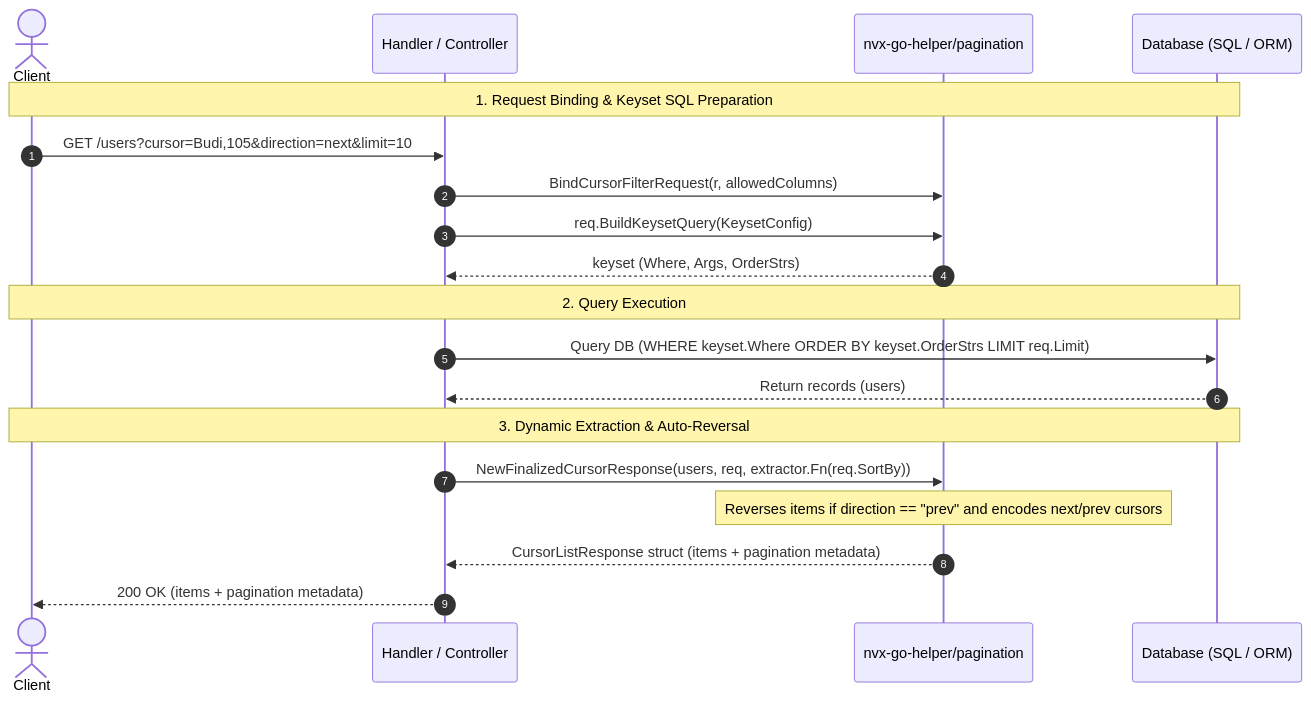
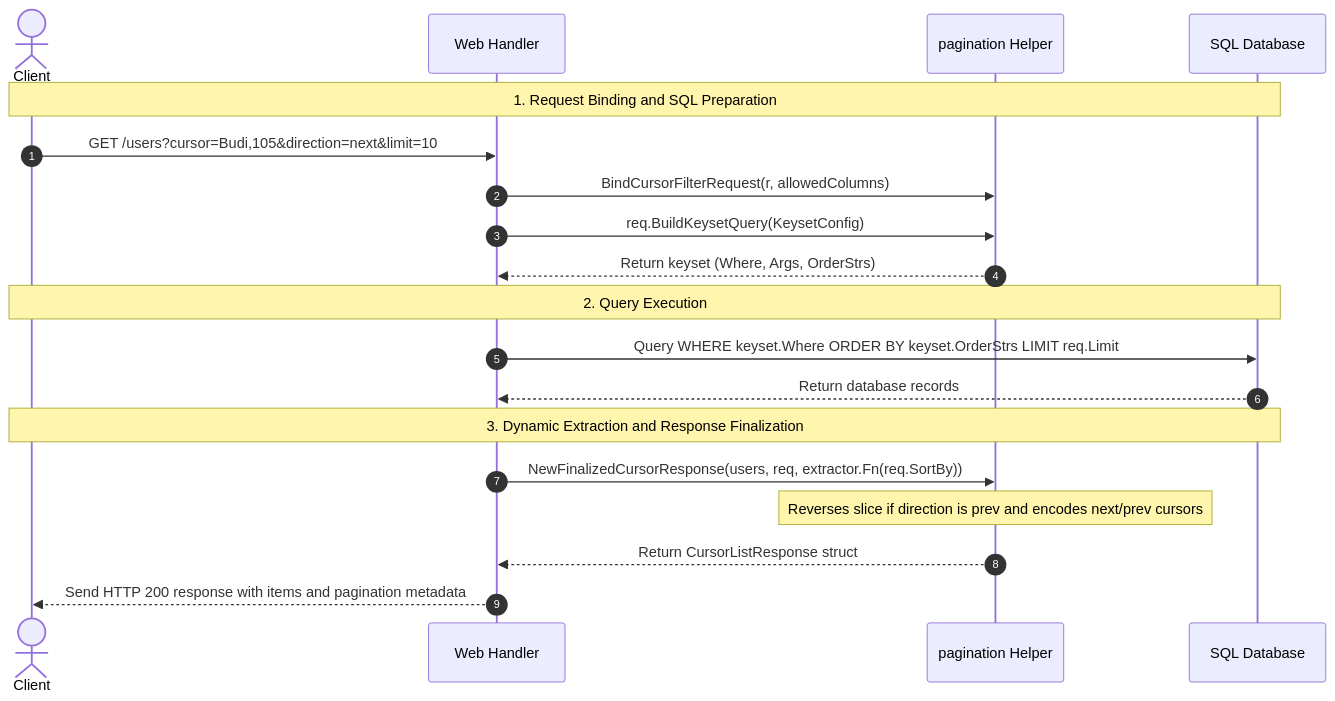
Before and after one commit to Jkenyut/nvx-go-helper: the diagram in pagination/README.md, drawn with Mermaid. The commit also changed other lines of this file and 46 other files, not shown here.

````diff
--- a/pagination/README.md
+++ b/pagination/README.md
@@ -68,25 +10,24 @@
 ```mermaid
 sequenceDiagram
     autonumber
     actor Client
-    participant Handler as Handler / Controller
-    participant Helper as nvx-go-helper/pagination
-    participant DB as Database (SQL / ORM)
+    participant Handler as Web Handler
+    participant Helper as pagination Helper
+    participant DB as SQL Database
 
-    Note over Client,DB: 1. Request Binding & Keyset SQL Preparation
+    Note over Client,DB: 1. Request Binding and SQL Preparation
     Client->>Handler: GET /users?cursor=Budi,105&direction=next&limit=10
     Handler->>Helper: BindCursorFilterRequest(r, allowedColumns)
     Handler->>Helper: req.BuildKeysetQuery(KeysetConfig)
-    Helper-->>Handler: keyset (Where, Args, OrderStrs)
+    Helper-->>Handler: Return keyset (Where, Args, OrderStrs)
 
     Note over Client,DB: 2. Query Execution
-    Handler->>DB: Query DB (WHERE keyset.Where ORDER BY keyset.OrderStrs LIMIT req.Limit)
-    DB-->>Handler: Return records (users)
+    Handler->>DB: Query WHERE keyset.Where ORDER BY keyset.OrderStrs LIMIT req.Limit
+    DB-->>Handler: Return database records
 
-    Note over Client,DB: 3. Dynamic Extraction & Auto-Reversal
+    Note over Client,DB: 3. Dynamic Extraction and Response Finalization
     Handler->>Helper: NewFinalizedCursorResponse(users, req, extractor.Fn(req.SortBy))
-    Note over Helper: Reverses items if direction == "prev" and encodes next/prev cursors
-    Helper-->>Handler: CursorListResponse struct (items + pagination metadata)
-
-    Handler-->>Client: 200 OK (items + pagination metadata)
+    Note over Helper: Reverses slice if direction is prev and encodes next/prev cursors
+    Helper-->>Handler: Return CursorListResponse struct
+    Handler-->>Client: Send HTTP 200 response with items and pagination metadata
 ```
````
